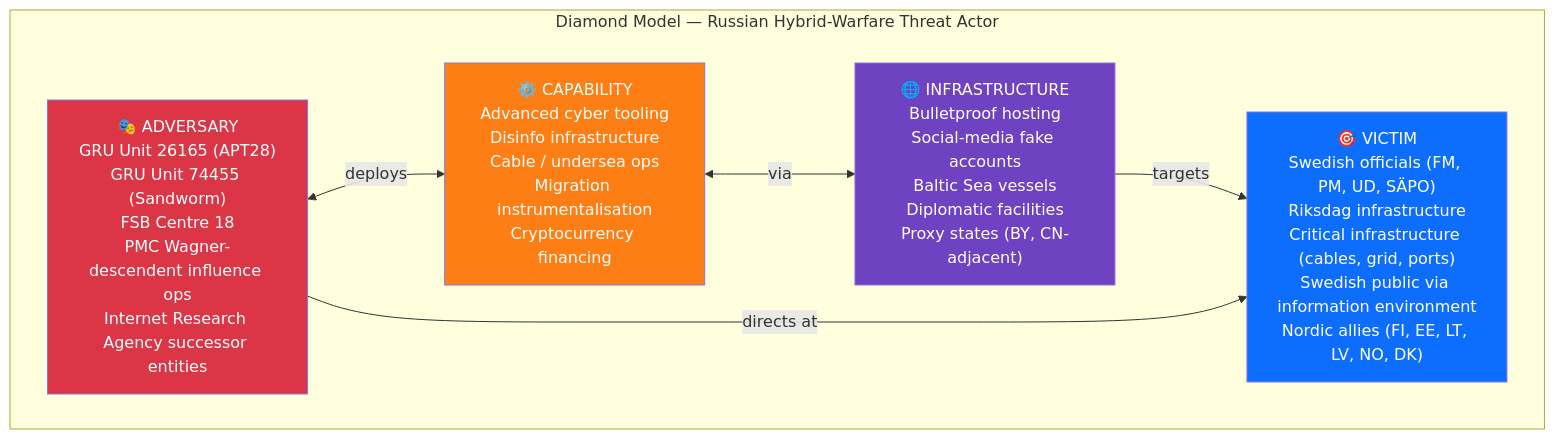
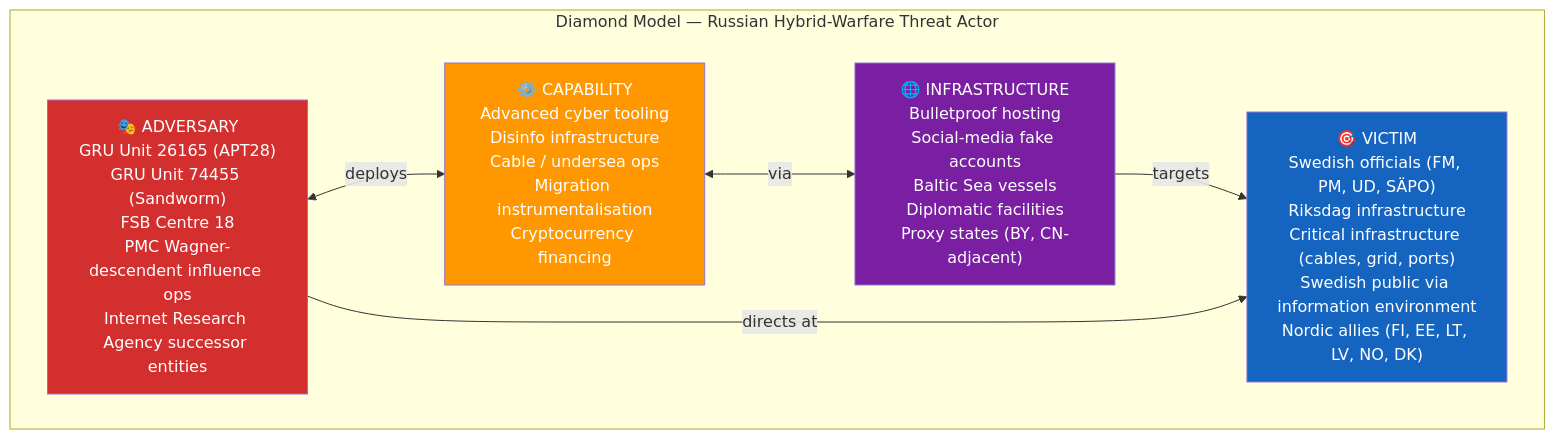
Before and after one commit to Hack23/riksdagsmonitor: the fourth of 4 diagrams in analysis/daily/2026-04-17/realtime-1434/threat-analysis.md, drawn with Mermaid. The commit also changed other lines of this file and 785 other files, not shown here.

First line of the commit message:
Normalize mermaid colors across 786 analysis artifacts to ISMS Style Guide palette

````diff
--- a/analysis/daily/2026-04-17/realtime-1434/threat-analysis.md
+++ b/analysis/daily/2026-04-17/realtime-1434/threat-analysis.md
@@ -176,18 +176,18 @@
 ```mermaid
 graph TD
     subgraph Diamond["Diamond Model — Russian Hybrid-Warfare Threat Actor"]
         ADV["🎭 ADVERSARY<br/>GRU Unit 26165 (APT28)<br/>GRU Unit 74455 (Sandworm)<br/>FSB Centre 18<br/>PMC Wagner-descendent influence ops<br/>Internet Research Agency successor entities"]
         CAP["⚙️ CAPABILITY<br/>Advanced cyber tooling<br/>Disinfo infrastructure<br/>Cable / undersea ops<br/>Migration instrumentalisation<br/>Cryptocurrency financing"]
         INF["🌐 INFRASTRUCTURE<br/>Bulletproof hosting<br/>Social-media fake accounts<br/>Baltic Sea vessels<br/>Diplomatic facilities<br/>Proxy states (BY, CN-adjacent)"]
         VIC["🎯 VICTIM<br/>Swedish officials (FM, PM, UD, SÄPO)<br/>Riksdag infrastructure<br/>Critical infrastructure (cables, grid, ports)<br/>Swedish public via information environment<br/>Nordic allies (FI, EE, LT, LV, NO, DK)"]
     end
     ADV <-->|deploys| CAP
     CAP <-->|via| INF
     INF -->|targets| VIC
     ADV -->|directs at| VIC
 
-    style ADV fill:#dc3545,color:#fff
-    style CAP fill:#fd7e14,color:#fff
-    style INF fill:#6f42c1,color:#fff
-    style VIC fill:#0d6efd,color:#fff
+    style ADV fill:#D32F2F,color:#FFFFFF
+    style CAP fill:#FF9800,color:#FFFFFF
+    style INF fill:#7B1FA2,color:#FFFFFF
+    style VIC fill:#1565C0,color:#FFFFFF
 ```
````
